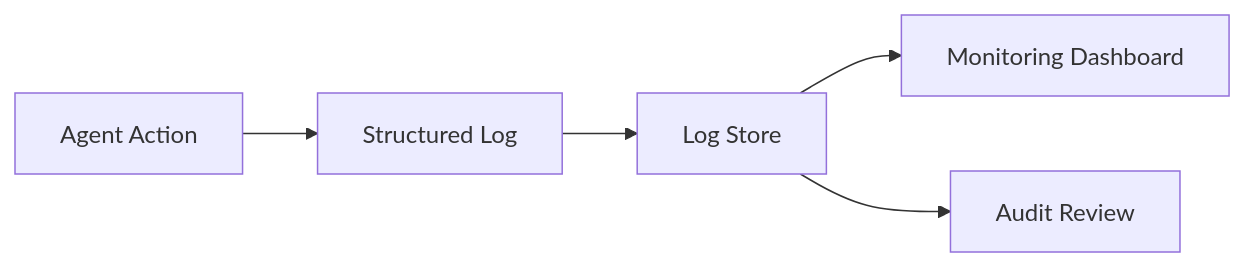
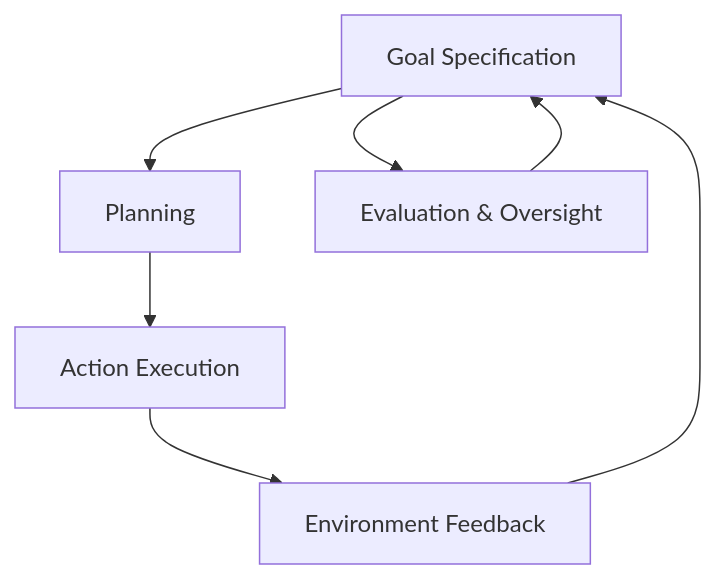
One commit to m-rizqinovniari/agentic-handbook changed the first of 4 diagrams in docusaurus/docs/part-3/chapter-12.md. Above: the diagram before and after it, drawn with Mermaid. The commit also changed other lines of this file and 19 other files, not shown here.

````diff
--- a/docusaurus/docs/part-3/chapter-12.md
+++ b/docusaurus/docs/part-3/chapter-12.md
@@ -234,7 +69,9 @@
 ```mermaid
-flowchart LR
-    A[Agent Action] --> B[Structured Log]
-    B --> C[Log Store]
-    C --> D[Monitoring Dashboard]
-    C --> E[Audit Review]
+graph TD
+A[Goal Specification] --> B[Planning]
+B --> C[Action Execution]
+C --> D[Environment Feedback]
+D --> A
+A --> E[Evaluation & Oversight]
+E --> A
 ```
````
